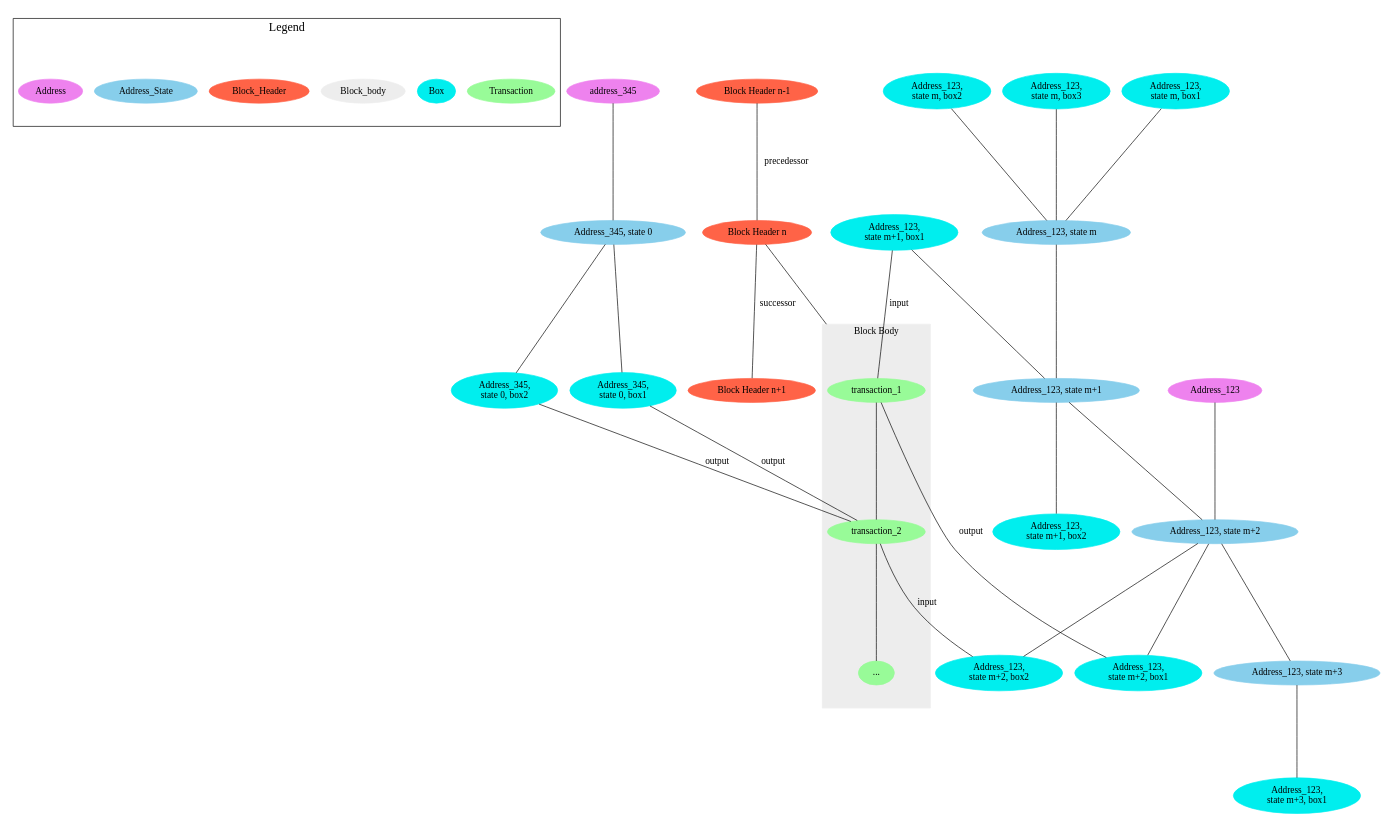
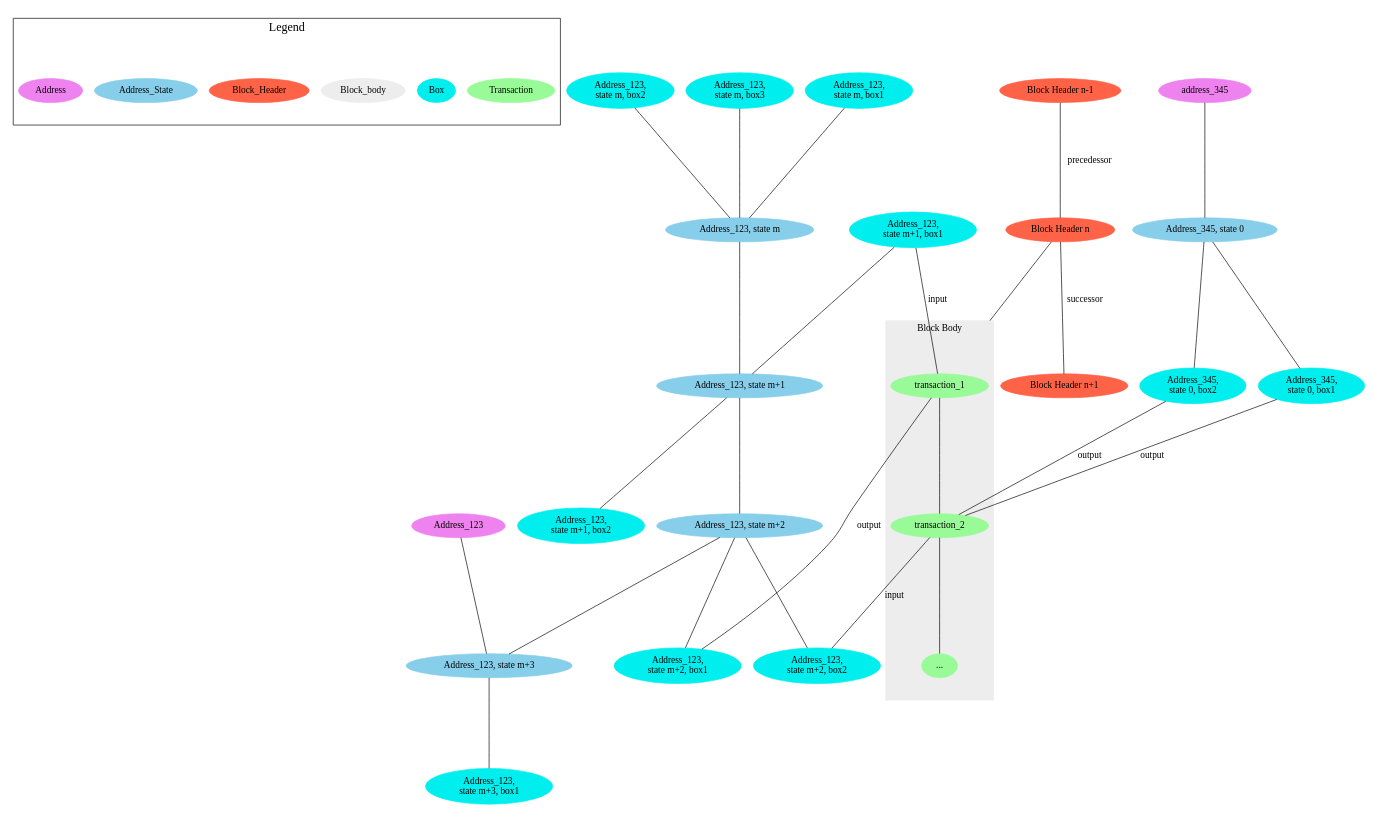
Before and after one commit to mgrand-topl/PlantUML_Sandbox: the diagram in genus_block_data_model.dot, drawn with Graphviz.

```diff
--- a/genus_block_data_model.dot
+++ b/genus_block_data_model.dot
@@ -1,66 +1,66 @@
 graph g {
   subgraph cluster_legend {
     label=Legend
     fontsize=18
     Transaction [color=palegreen, style=filled]
     Box [color=cyan2, style=filled]
     Block_body [color=gray93, style=filled]
     Block_Header [color=tomato, style=filled]
     Address_State [color=skyblue, style=filled]
     Address [color=violet, style=filled]
   }
 
   ratio= 0.6;
   compound=true;
   "Block Header n" [color=tomato, style=filled]
   "Block Header n-1" [color=tomato, style=filled]
   "Block Header n-1"
   "Block Header n-1" -- "Block Header n" [label = "precedessor"];
   "Block Header n" -- "Block Header n+1" [label = "successor"]
   "Block Header n"
   "Block Header n" -- transaction_1 [lhead=cluster0]
   "Block Header n+1" [color=tomato, style=filled]
   "Block Header n+1"
 
   subgraph cluster0 {
     label = "Block Body"
     color=gray93
     style=filled
     "..." [color=palegreen, style=filled]
     transaction_1 -- transaction_2 -- "...";
   }
   "Address_123,\nstate m, box1" [color=cyan2, style=filled]
   "Address_123,\nstate m, box2" [color=cyan2, style=filled]
   "Address_123,\nstate m, box3" [color=cyan2, style=filled]
   {"Address_123,\nstate m, box1" "Address_123,\nstate m, box2" "Address_123,\nstate m, box3"} -- "Address_123, state m"
   "Address_123, state m" [color=skyblue, style=filled]
   "Address_123, state m" -- "Address_123, state m+1"
   "Address_123, state m+1" [color=skyblue, style=filled]
   "Address_123,\nstate m+1, box1" [color=cyan2, style=filled]
   "Address_123,\nstate m+1, box2" [color=cyan2, style=filled]
   "Address_123,\nstate m+1, box1" -- "Address_123, state m+1"
   "Address_123, state m+1" -- "Address_123,\nstate m+1, box2"
   "Address_123,\nstate m+1, box1" -- transaction_1 [label="input"]
   "Address_123,\nstate m+2, box1" [color=cyan2, style=filled]
   "Address_123,\nstate m+2, box2" [color=cyan2, style=filled]
   "Address_123, state m+1" -- "Address_123, state m+2" -- {"Address_123,\nstate m+2, box1" "Address_123,\nstate m+2, box2"}
   transaction_1 [color=palegreen, style=filled]
   "Address_123, state m+2" [color=skyblue, style=filled]
   transaction_1 -- "Address_123,\nstate m+2, box1" [label = "output"]
   transaction_2 [color=palegreen, style=filled]
   transaction_2 -- "Address_123,\nstate m+2, box2" [label="input"]
   Address_123 [color=violet, style=filled]
-  Address_123 -- "Address_123, state m+2"
+  Address_123 -- "Address_123, state m+3"
   "Address_123, state m+3" [color=skyblue, style=filled]
   "Address_123, state m+2" -- "Address_123, state m+3"
   "Address_123, state m+3" -- "Address_123,\nstate m+3, box1"
   "Address_123,\nstate m+3, box1" [color=cyan2, style=filled]
   "Address_345, state 0" [color=skyblue, style=filled]
   "Address_345,\nstate 0, box1" -- transaction_2 [label="output"]
   "Address_345,\nstate 0, box2" -- transaction_2 [label="output"]
   "Address_345,\nstate 0, box1" [color=cyan2, style=filled]
   "Address_345,\nstate 0, box2" [color=cyan2, style=filled]
   "Address_345, state 0" -- {"Address_345,\nstate 0, box1" "Address_345,\nstate 0, box2"}
   "address_345" [color=violet, style=filled]
   "address_345" -- "Address_345, state 0"
 }
```
